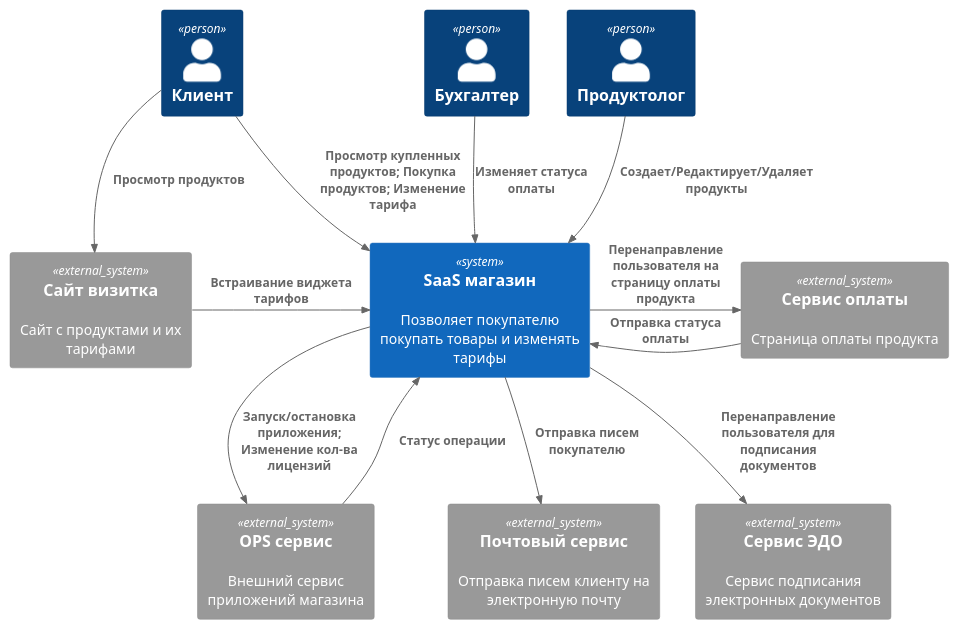
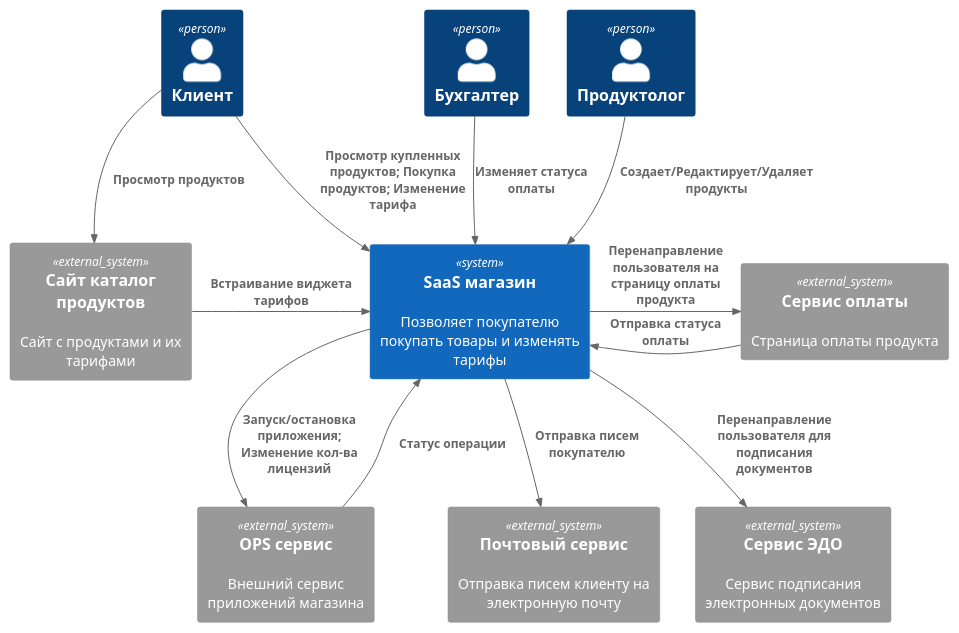
One commit to kelvionald/saas-shop changed the diagram in docs/c4/1.context.puml. Above: the diagram before and after it, drawn with PlantUML. The commit also changed 1 other file, not shown here.

```diff
--- a/docs/c4/1.context.puml
+++ b/docs/c4/1.context.puml
@@ -1,28 +1,28 @@
 @startuml
 !include https://raw.githubusercontent.com/plantuml-stdlib/C4-PlantUML/master/C4_Context.puml
 
 Person(user_customer, "Клиент")
 Person(user_accountant, "Бухгалтер")
 Person(user_programmer, "Продуктолог")
 
 System(system_shop, "SaaS магазин", "Позволяет покупателю покупать товары и изменять тарифы")
 
 System_Ext(system_email, "Почтовый сервис", "Отправка писем клиенту на электронную почту")
 System_Ext(system_bank, "Сервис оплаты", "Страница оплаты продукта")
 System_Ext(system_docs, "Сервис ЭДО", "Сервис подписания электронных документов")
 System_Ext(system_ops, "OPS сервис", "Внешний сервис приложений магазина")
-System_Ext(system_site, "Сайт визитка", "Сайт с продуктами и их тарифами")
+System_Ext(system_site, "Сайт каталог продуктов", "Сайт с продуктами и их тарифами")
 
 Rel(user_customer, system_site, "Просмотр продуктов")
 Rel_R(system_site, system_shop, "Встраивание виджета тарифов")
 Rel(user_customer, system_shop, "Просмотр купленных продуктов; Покупка продуктов; Изменение тарифа")
 Rel(user_accountant, system_shop, "Изменяет статуса оплаты")
 Rel(user_programmer, system_shop, "Создает/Редактирует/Удаляет продукты")
 Rel(system_shop, system_email, "Отправка писем покупателю")
 Rel_R(system_shop, system_bank, "Перенаправление пользователя на страницу оплаты продукта")
 Rel_R(system_bank, system_shop, "Отправка статуса оплаты")
 Rel(system_shop, system_docs, "Перенаправление пользователя для подписания документов")
 Rel(system_shop, system_ops, "Запуск/остановка приложения; Изменение кол-ва лицензий")
 Rel_R(system_ops, system_shop, "Статус операции")
 
 @enduml
```
